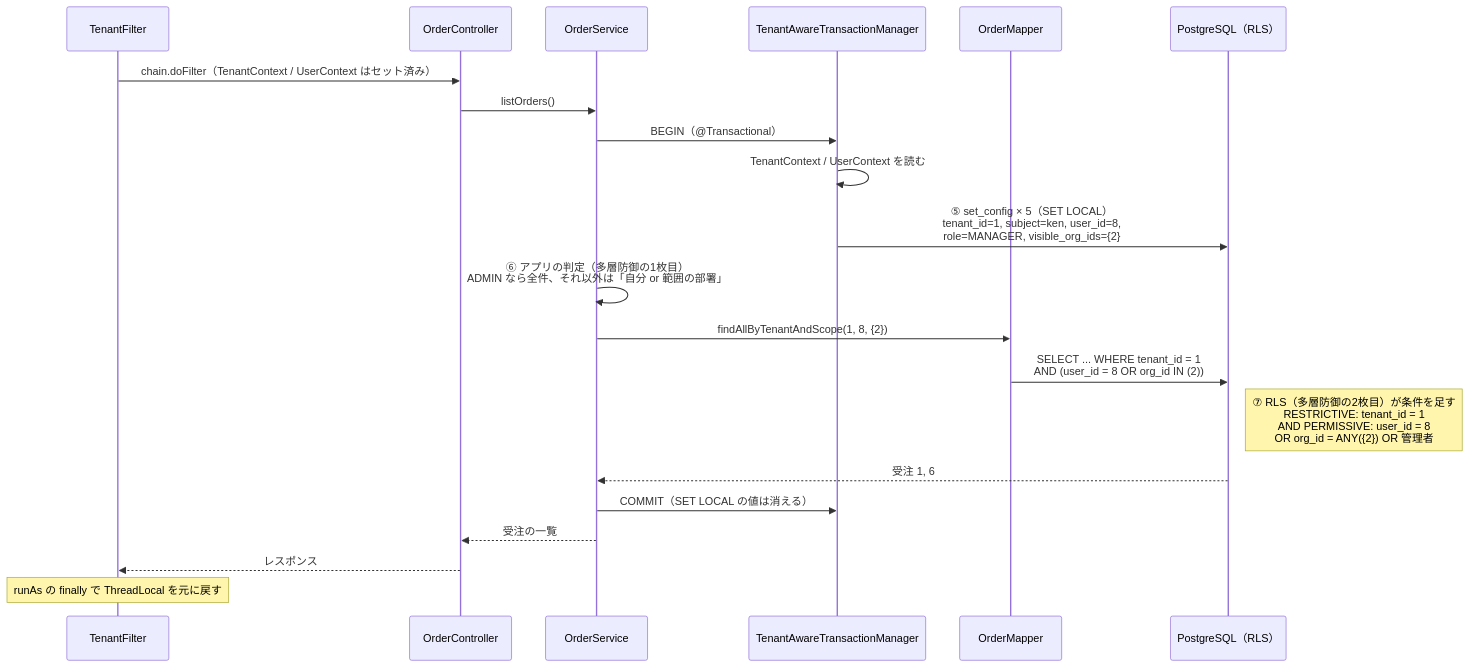
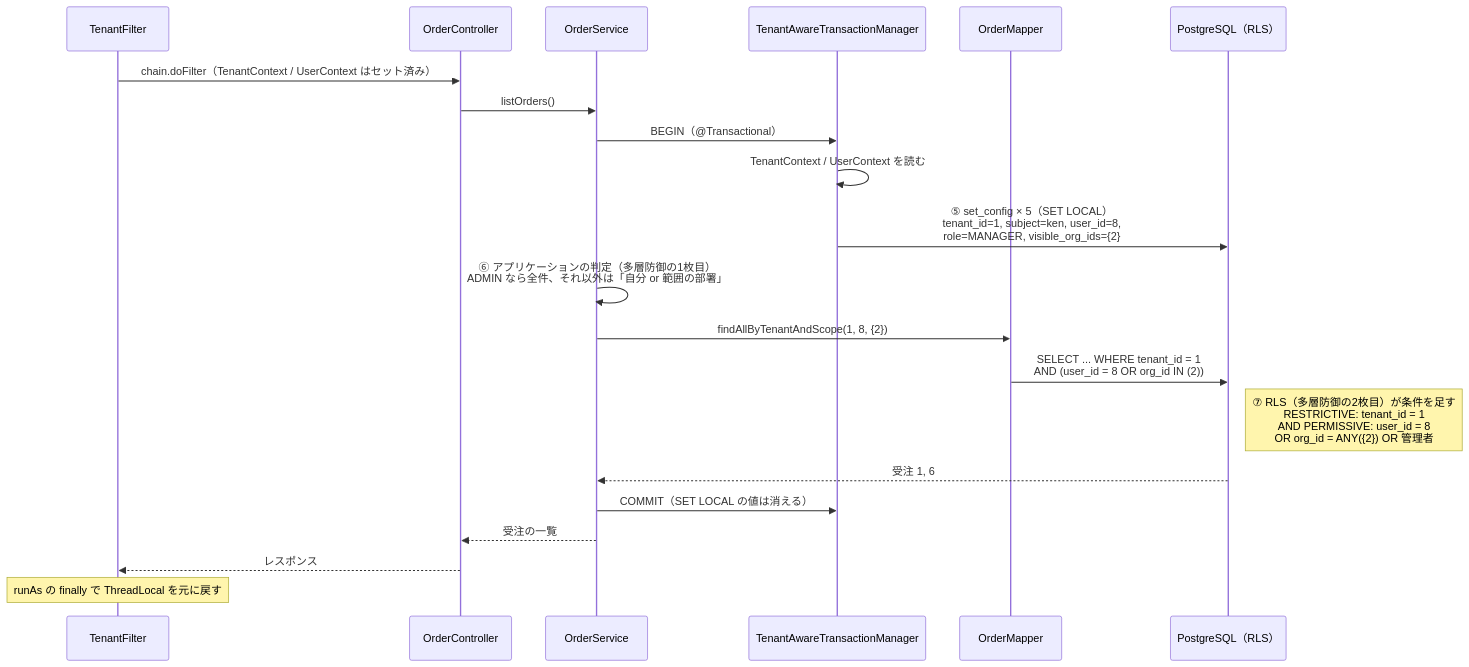
One commit to tis-abe-akira/rls-sample changed the second of 3 diagrams in docs/AUTHORIZATION.md. Above: the diagram before and after it, drawn with Mermaid. The commit also changed other lines of this file and 15 other files, not shown here.

````diff
--- a/docs/AUTHORIZATION.md
+++ b/docs/AUTHORIZATION.md
@@ -86,24 +86,24 @@
 ```mermaid
 sequenceDiagram
     participant TF as TenantFilter
     participant OC as OrderController
     participant OS as OrderService
     participant TM as TenantAwareTransactionManager
     participant OM as OrderMapper
     participant DB as PostgreSQL（RLS）
 
     TF->>OC: chain.doFilter（TenantContext / UserContext はセット済み）
     OC->>OS: listOrders()
     OS->>TM: BEGIN（@Transactional）
     TM->>TM: TenantContext / UserContext を読む
     TM->>DB: ⑤ set_config × 5（SET LOCAL）<br/>tenant_id=1, subject=ken, user_id=8,<br/>role=MANAGER, visible_org_ids={2}
-    OS->>OS: ⑥ アプリの判定（多層防御の1枚目）<br/>ADMIN なら全件、それ以外は「自分 or 範囲の部署」
+    OS->>OS: ⑥ アプリケーションの判定（多層防御の1枚目）<br/>ADMIN なら全件、それ以外は「自分 or 範囲の部署」
     OS->>OM: findAllByTenantAndScope(1, 8, {2})
     OM->>DB: SELECT ... WHERE tenant_id = 1<br/>AND (user_id = 8 OR org_id IN (2))
     Note right of DB: ⑦ RLS（多層防御の2枚目）が条件を足す<br/>RESTRICTIVE: tenant_id = 1<br/>AND PERMISSIVE: user_id = 8<br/>OR org_id = ANY({2}) OR 管理者
     DB-->>OS: 受注 1, 6
     OS->>TM: COMMIT（SET LOCAL の値は消える）
     OS-->>OC: 受注の一覧
     OC-->>TF: レスポンス
     Note over TF: runAs の finally で ThreadLocal を元に戻す
 ```
````
